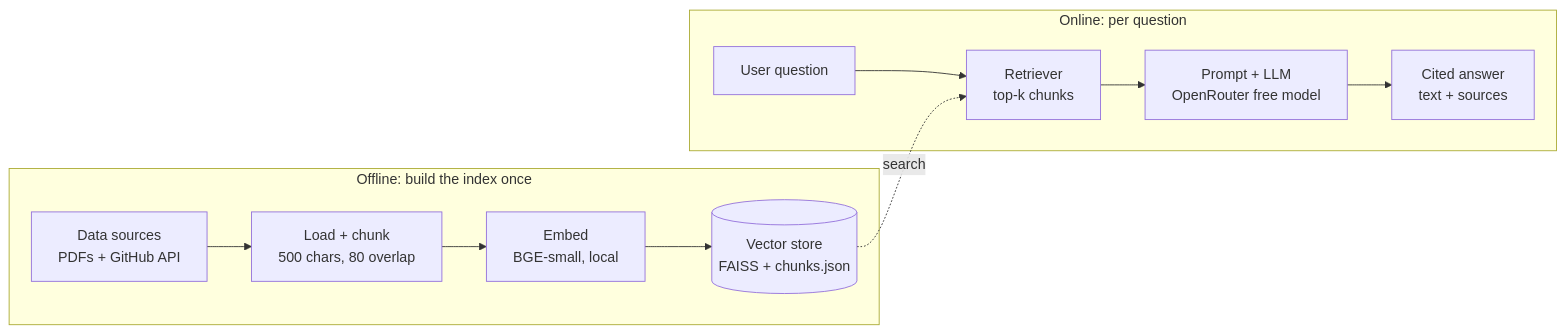
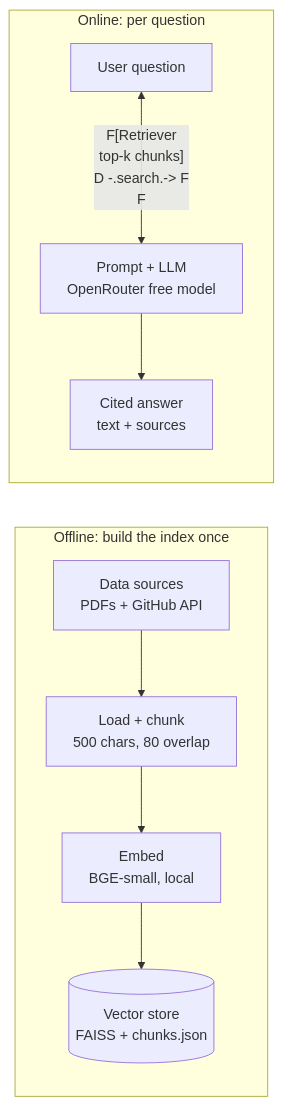
Before and after one commit to ammar-abdelghany30/MeRAG: the diagram in README.md, drawn with Mermaid.

````diff
--- a/README.md
+++ b/README.md
@@ -9,14 +9,14 @@
 ```mermaid
 flowchart LR
     subgraph Offline["Offline: build the index once"]
         A[Data sources<br/>PDFs + GitHub API] --> B[Load + chunk<br/>500 chars, 80 overlap]
         B --> C[Embed<br/>BGE-small, local]
         C --> D[(Vector store<br/>FAISS + chunks.json)]
     end
     subgraph Online["Online: per question"]
-        E[User question] --> F[Retriever<br/>top-k chunks]
+        E[User question] <-- F[Retriever<br/>top-k chunks]
         D -.search.-> F
         F --> G[Prompt + LLM<br/>OpenRouter free model]
         G --> H[Cited answer<br/>text + sources]
     end
 ```
````
